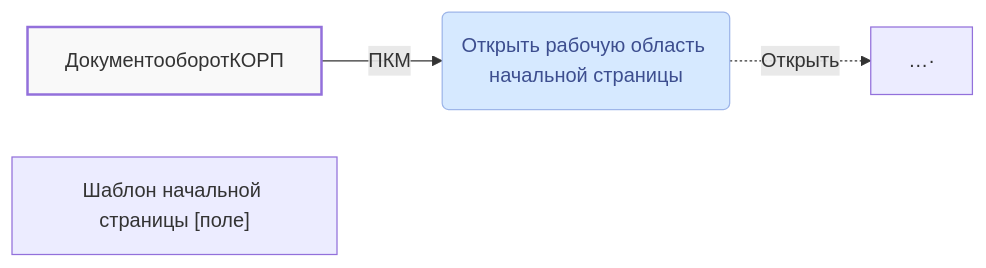
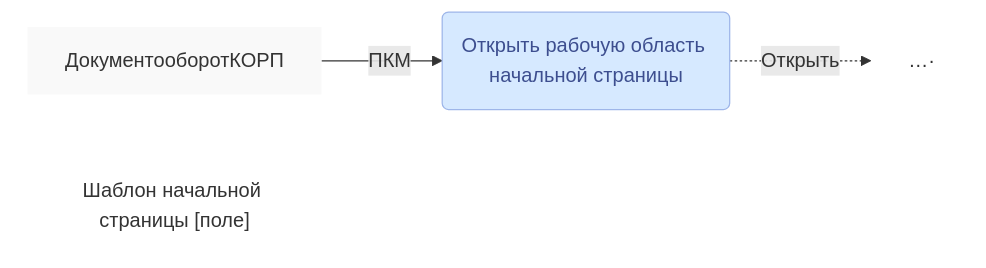
One commit to lugovoe/manual changed the third of 3 diagrams in faq/crash/main-white-window.md. Above: the diagram before and after it, drawn with Mermaid. The commit also changed other lines of this file, not shown here.

````diff
--- a/faq/crash/main-white-window.md
+++ b/faq/crash/main-white-window.md
@@ -53,11 +47,12 @@
 ``` mermaid
 flowchart LR
   b1[ДокументооборотКОРП];
   b1 -- ПКМ --> m1(Открыть рабочую область начальной страницы);
   m1 -. Открыть .-> b0["#hellip;#middot;"];
   b3["Шаблон начальной страницы [поле]"];
+  classDef default fill:none,stroke:none;
   classDef button fill:#f9f9f9,stroke-width:2px;
   classDef confmenu fill:#d6e9ff,stroke:#9eb6e9,color:#3d4e8f;
   class b1,b2 button;
   class m1 confmenu;
 ```
````
